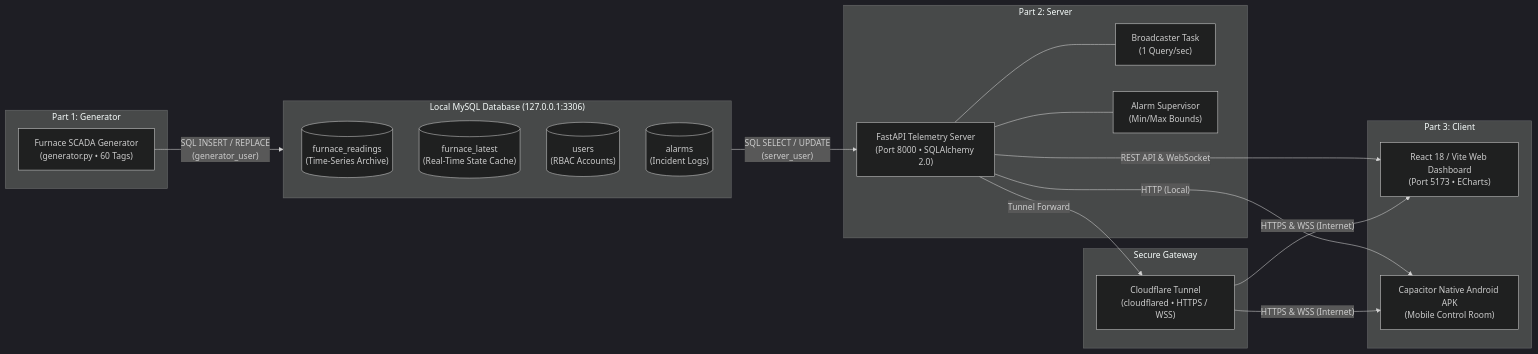
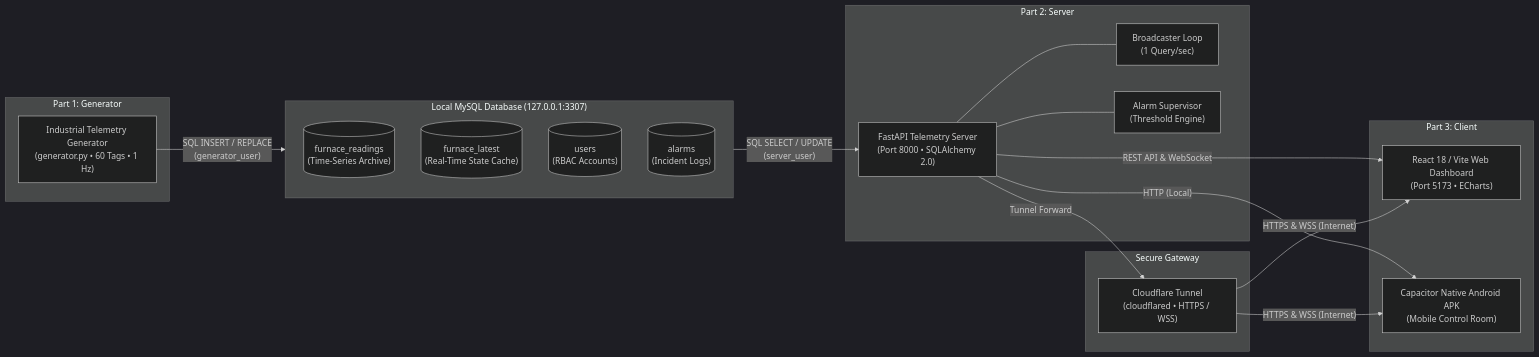
The diagram in README.md (usk907/Real-Time-Industrial-Furnace-Data-Analytics-and-Trend-Intelligence-Platform), drawn with Mermaid (dark theme) before and after one commit. The commit also changed other lines of this file and 31 other files, not shown here.

````diff
--- a/README.md
+++ b/README.md
@@ -5,38 +5,38 @@
 ```mermaid
 flowchart LR
     subgraph Tier1 ["Part 1: Generator"]
-        G["Furnace SCADA Generator<br/>(generator.py • 60 Tags)"]
+        G["Industrial Telemetry Generator<br/>(generator.py • 60 Tags • 1 Hz)"]
     end
 
-    subgraph DB ["Local MySQL Database (127.0.0.1:3306)"]
+    subgraph DB ["Local MySQL Database (127.0.0.1:3307)"]
         FR[("furnace_readings<br/>(Time-Series Archive)")]
         FL[("furnace_latest<br/>(Real-Time State Cache)")]
         US[("users<br/>(RBAC Accounts)")]
         AL[("alarms<br/>(Incident Logs)")]
     end
 
     subgraph Tier2 ["Part 2: Server"]
         S["FastAPI Telemetry Server<br/>(Port 8000 • SQLAlchemy 2.0)"]
-        B["Broadcaster Task<br/>(1 Query/sec)"]
-        A["Alarm Supervisor<br/>(Min/Max Bounds)"]
+        B["Broadcaster Loop<br/>(1 Query/sec)"]
+        A["Alarm Supervisor<br/>(Threshold Engine)"]
     end
 
     subgraph Gateway ["Secure Gateway"]
         T["Cloudflare Tunnel<br/>(cloudflared • HTTPS / WSS)"]
     end
 
     subgraph Tier3 ["Part 3: Client"]
         W["React 18 / Vite Web Dashboard<br/>(Port 5173 • ECharts)"]
         M["Capacitor Native Android APK<br/>(Mobile Control Room)"]
     end
 
     G -- "SQL INSERT / REPLACE<br/>(generator_user)" --> DB
     DB -- "SQL SELECT / UPDATE<br/>(server_user)" --> S
     S --- B
     S --- A
     S -- "REST API & WebSocket" --> W
     S -- "HTTP (Local)" --> M
     S -- "Tunnel Forward" --> T
     T -- "HTTPS & WSS (Internet)" --> M
     T -- "HTTPS & WSS (Internet)" --> W
 ```
````
